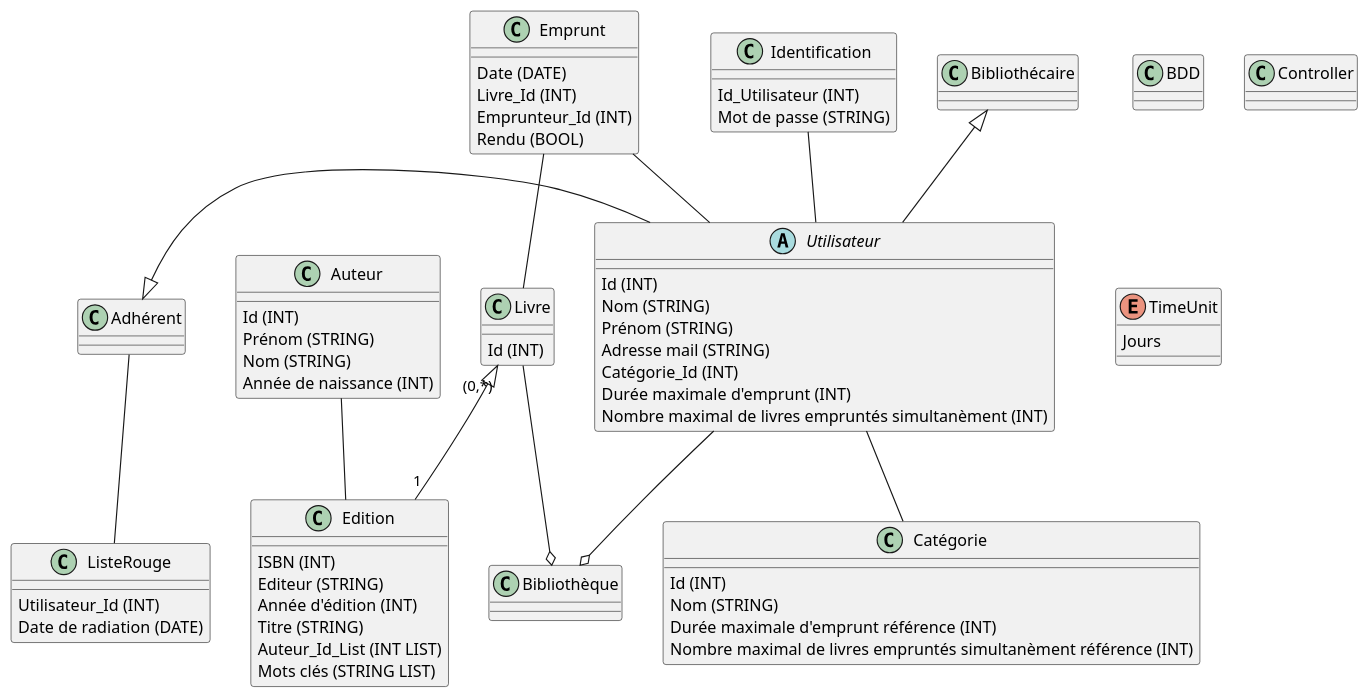
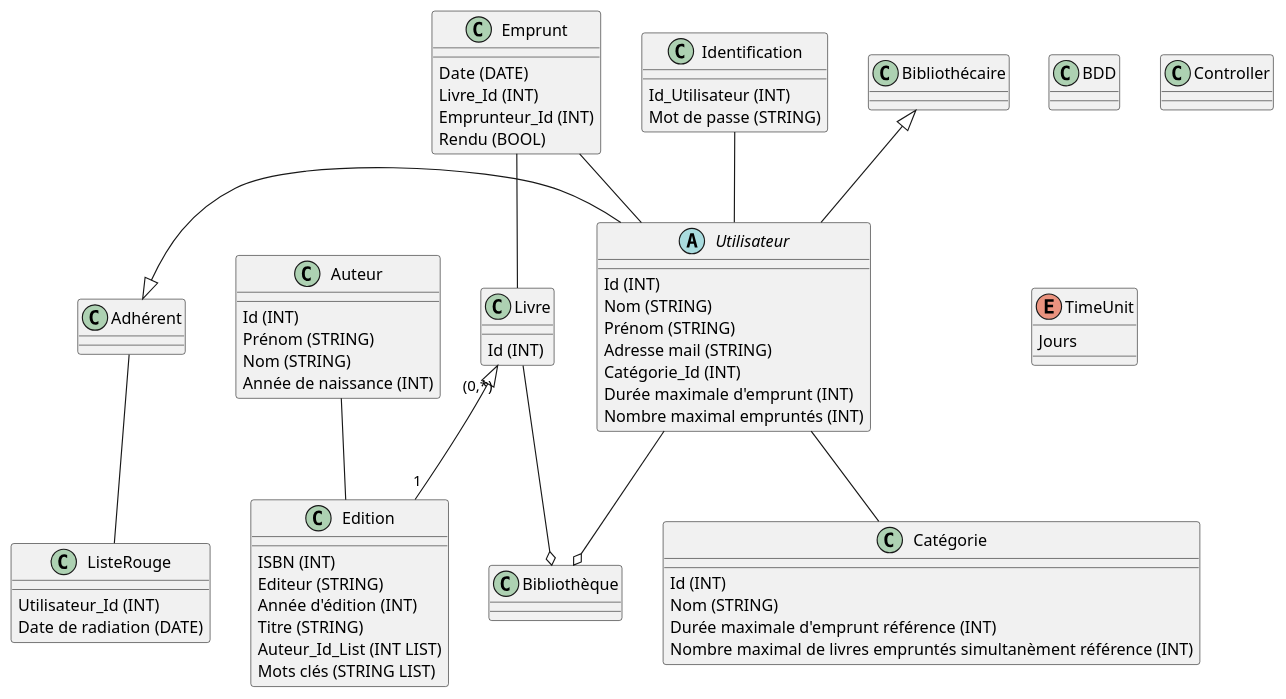
One commit to BooValooo/Library_Management_Software changed the diagram in src/main/resources/Classes.puml. Above: the diagram before and after it, drawn with PlantUML. The commit also changed 5 other files, not shown here.

```diff
--- a/src/main/resources/Classes.puml
+++ b/src/main/resources/Classes.puml
@@ -1,90 +1,90 @@
 @startuml
 'https://plantuml.com/class-diagram
 
 abstract class Utilisateur {
 Id (INT)
 Nom (STRING)
 Prénom (STRING)
 Adresse mail (STRING)
 Catégorie_Id (INT)
 Durée maximale d'emprunt (INT)
-Nombre maximal de livres empruntés simultanèment (INT)
+Nombre maximal empruntés (INT)
 
 }
 
 class Bibliothèque {
 }
 
 class BDD{
 }
 
 class Edition {
 ISBN (INT)
 Editeur (STRING)
 Année d'édition (INT)
 Titre (STRING)
 Auteur_Id_List (INT LIST)
 Mots clés (STRING LIST)
 }
 
 class Livre {
 Id (INT)
 }
 
 class Auteur {
 Id (INT)
 Prénom (STRING)
 Nom (STRING)
 Année de naissance (INT)
 }
 
 class Emprunt {
 Date (DATE)
 Livre_Id (INT)
 Emprunteur_Id (INT)
 Rendu (BOOL)
 }
 
 class Identification {
 Id_Utilisateur (INT)
 Mot de passe (STRING)
 }
 
 class Adhérent {
 }
 
 Class Catégorie {
 Id (INT)
 Nom (STRING)
 Durée maximale d'emprunt référence (INT)
 Nombre maximal de livres empruntés simultanèment référence (INT)
 }
 
 class ListeRouge {
 Utilisateur_Id (INT)
 Date de radiation (DATE)
 }
 
 class Controller{
 }
 
 Bibliothécaire <|-- Utilisateur
 Adhérent <|- Utilisateur
 
 Livre "(0,*)" <|-- "1" Edition
 Utilisateur --o Bibliothèque
 Livre --o Bibliothèque
 
 Identification -- Utilisateur
 Utilisateur -- Catégorie
 Adhérent -- ListeRouge
 Auteur -- Edition
 Emprunt -- Utilisateur
 Emprunt -- Livre
 
 
 enum TimeUnit {
 Jours
 }
 
 @enduml
```
